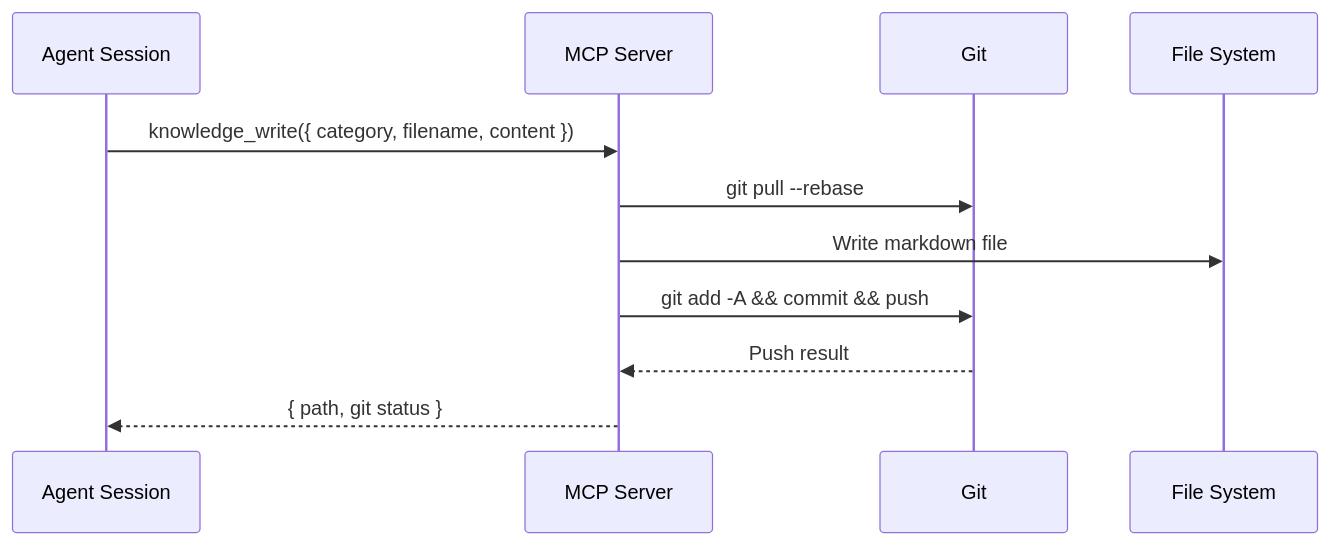
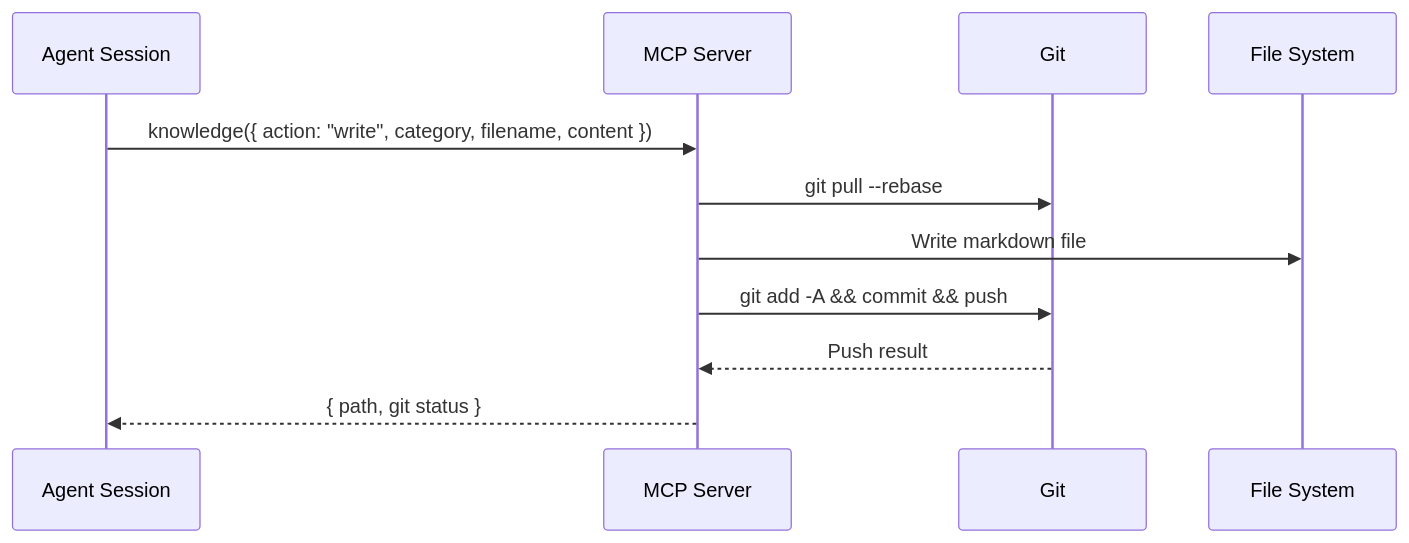
The third of 3 diagrams in docs/ARCHITECTURE.md (keshrath/agent-knowledge), drawn with Mermaid before and after one commit. The commit also changed other lines of this file and 8 other files, not shown here.

````diff
--- a/docs/ARCHITECTURE.md
+++ b/docs/ARCHITECTURE.md
@@ -382,14 +382,14 @@
 ```mermaid
 sequenceDiagram
     participant C as Agent Session
     participant S as MCP Server
     participant G as Git
     participant F as File System
 
-    C->>S: knowledge_write({ category, filename, content })
+    C->>S: knowledge({ action: "write", category, filename, content })
     S->>G: git pull --rebase
     S->>F: Write markdown file
     S->>G: git add -A && commit && push
     G-->>S: Push result
     S-->>C: { path, git status }
 ```
````
